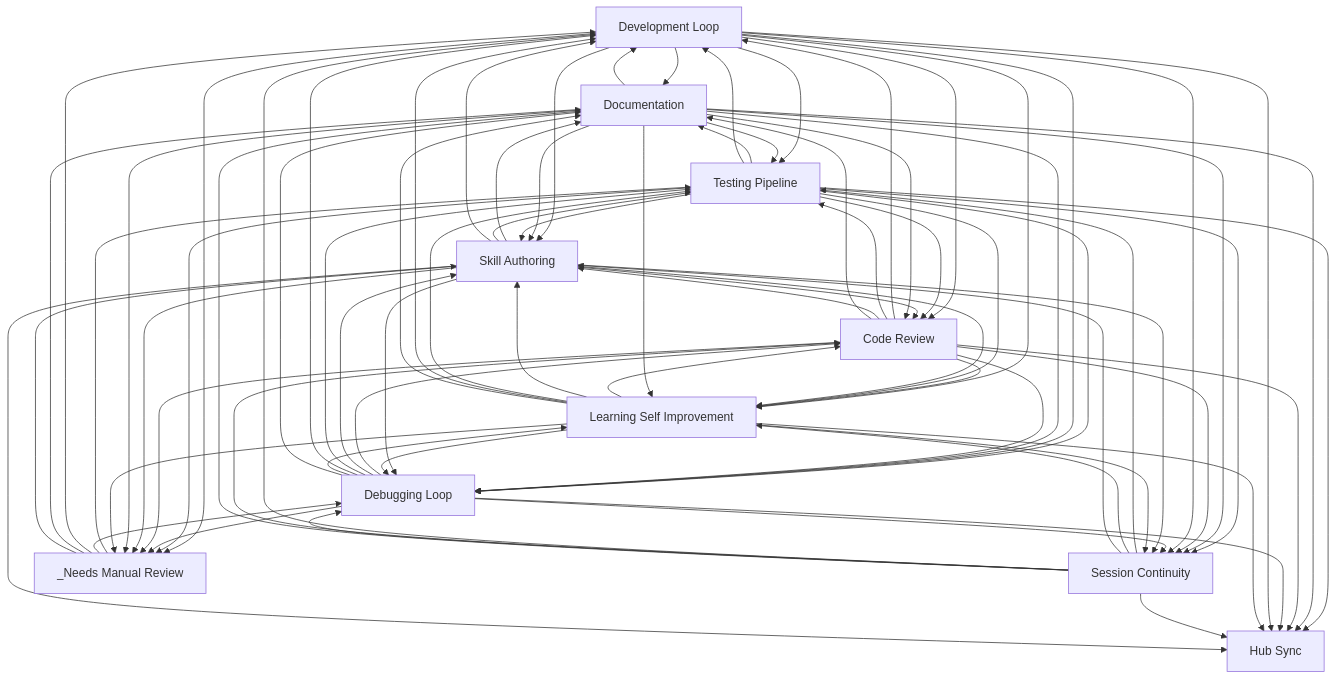
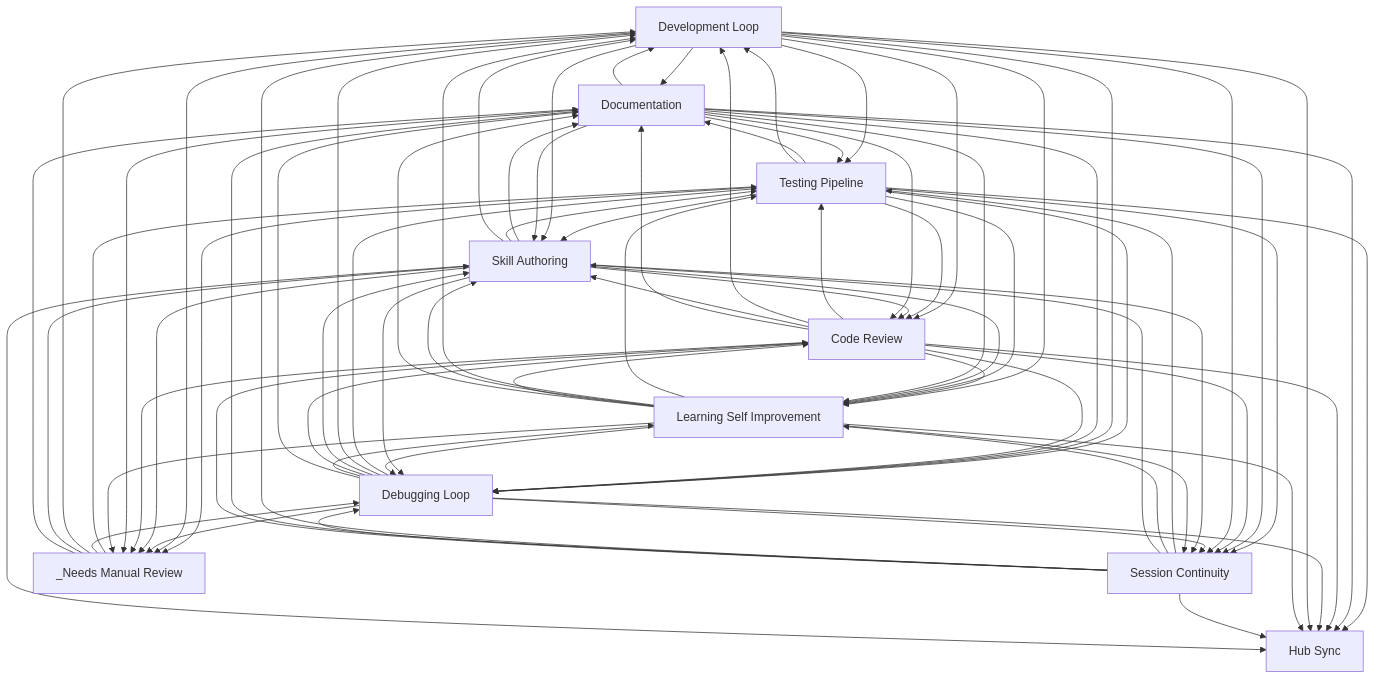
One commit to abhayla/claude-best-practices changed the diagram in docs/workflows/INDEX.md. Above: the diagram before and after it, drawn with Mermaid. The commit also changed other lines of this file and 12 other files, not shown here.

````diff
--- a/docs/workflows/INDEX.md
+++ b/docs/workflows/INDEX.md
@@ -31,53 +31,53 @@
     documentation[Documentation]
     hub_sync[Hub Sync]
     _needs_manual_review[_Needs Manual Review]
+    testing_pipeline --> documentation
     development_loop --> documentation
-    testing_pipeline --> documentation
     skill_authoring --> documentation
+    testing_pipeline --> skill_authoring
     development_loop --> testing_pipeline
     development_loop --> skill_authoring
+    skill_authoring --> testing_pipeline
     documentation --> testing_pipeline
     documentation --> skill_authoring
-    testing_pipeline --> skill_authoring
-    skill_authoring --> testing_pipeline
     development_loop --> code_review
+    code_review --> testing_pipeline
     code_review --> development_loop
-    code_review --> testing_pipeline
     code_review --> skill_authoring
     development_loop --> learning_self_improvement
     code_review --> learning_self_improvement
     testing_pipeline --> debugging_loop
+    testing_pipeline --> development_loop
     testing_pipeline --> code_review
-    testing_pipeline --> development_loop
-    debugging_loop --> code_review
-    debugging_loop --> skill_authoring
     debugging_loop --> testing_pipeline
     debugging_loop --> development_loop
+    debugging_loop --> skill_authoring
+    debugging_loop --> code_review
     development_loop --> debugging_loop
     documentation --> development_loop
     skill_authoring --> development_loop
     skill_authoring --> code_review
     testing_pipeline --> learning_self_improvement
     skill_authoring --> learning_self_improvement
+    testing_pipeline --> _needs_manual_review
     development_loop --> _needs_manual_review
-    testing_pipeline --> _needs_manual_review
     documentation --> debugging_loop
     documentation --> code_review
     code_review --> debugging_loop
     testing_pipeline --> session_continuity
     testing_pipeline --> hub_sync
+    documentation --> session_continuity
     documentation --> learning_self_improvement
-    documentation --> session_continuity
     documentation --> hub_sync
     code_review --> session_continuity
     code_review --> documentation
     code_review --> hub_sync
-    development_loop --> session_continuity
     session_continuity --> testing_pipeline
     session_continuity --> learning_self_improvement
+    development_loop --> session_continuity
     _needs_manual_review --> testing_pipeline
+    debugging_loop --> session_continuity
     debugging_loop --> learning_self_improvement
-    debugging_loop --> session_continuity
     debugging_loop --> documentation
     debugging_loop --> hub_sync
     development_loop --> hub_sync
@@ -85,16 +85,16 @@
     skill_authoring --> debugging_loop
     _needs_manual_review --> debugging_loop
     learning_self_improvement --> debugging_loop
-    learning_self_improvement --> code_review
-    learning_self_improvement --> skill_authoring
     learning_self_improvement --> testing_pipeline
     learning_self_improvement --> development_loop
+    learning_self_improvement --> skill_authoring
+    learning_self_improvement --> code_review
     debugging_loop --> _needs_manual_review
+    skill_authoring --> _needs_manual_review
     code_review --> _needs_manual_review
-    skill_authoring --> _needs_manual_review
     _needs_manual_review --> development_loop
+    _needs_manual_review --> skill_authoring
     _needs_manual_review --> documentation
-    _needs_manual_review --> skill_authoring
     learning_self_improvement --> session_continuity
     documentation --> _needs_manual_review
     session_continuity --> skill_authoring
@@ -102,9 +102,9 @@
     learning_self_improvement --> hub_sync
     session_continuity --> development_loop
     session_continuity --> debugging_loop
-    session_continuity --> code_review
     session_continuity --> documentation
     session_continuity --> hub_sync
+    session_continuity --> code_review
     skill_authoring --> hub_sync
     learning_self_improvement --> _needs_manual_review
 ```
````
